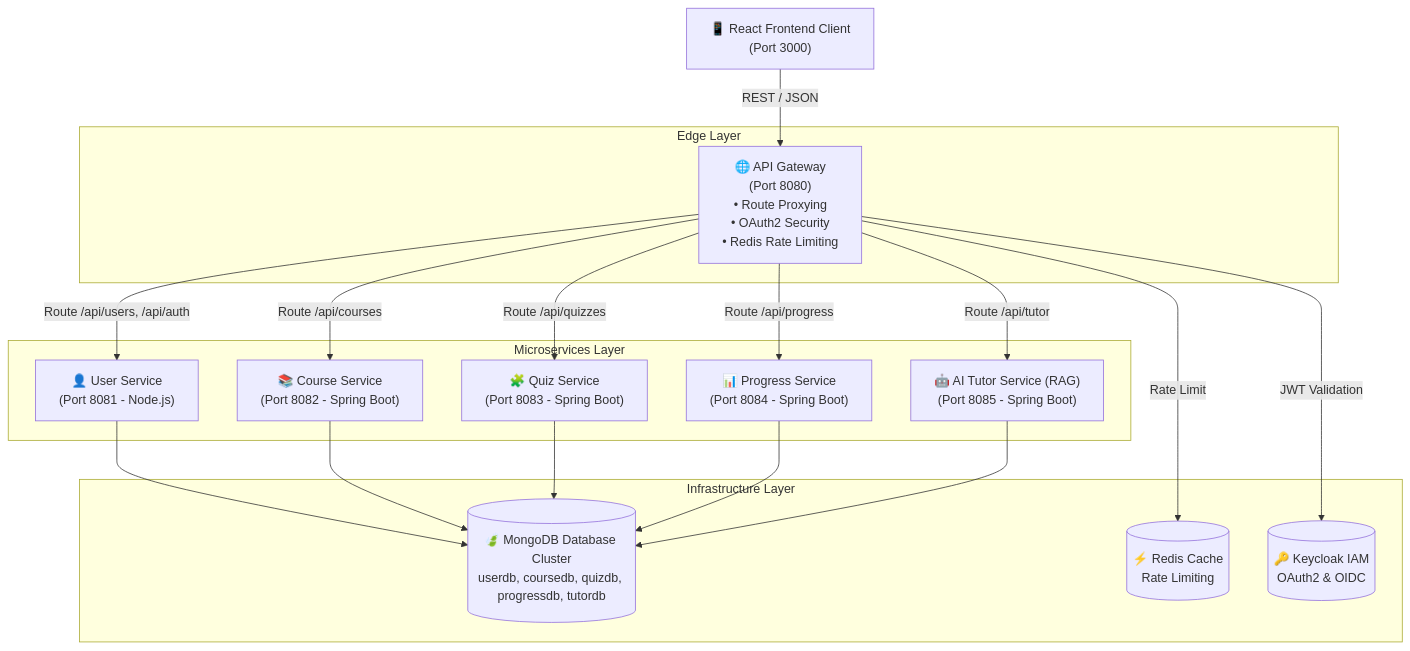
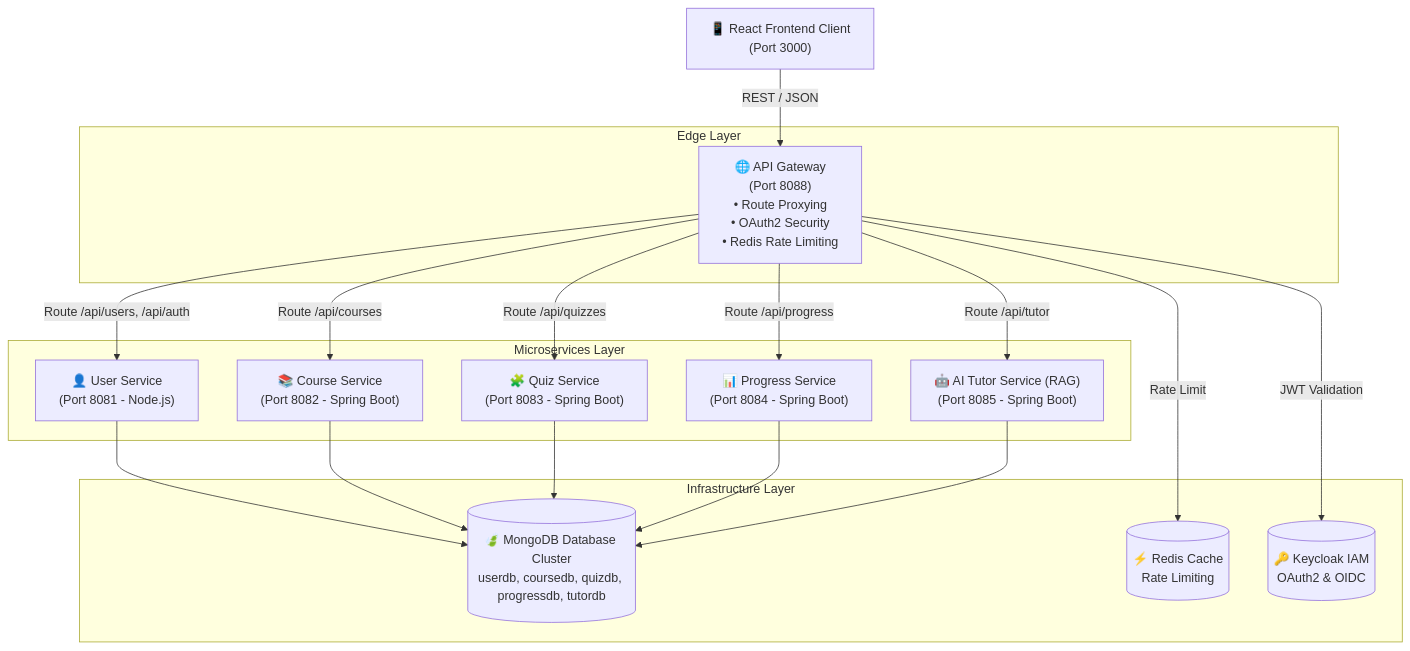
One commit to sachilz/intellitutor-platform changed the diagram in README.md. Above: the diagram before and after it, drawn with Mermaid. The commit also changed other lines of this file and 6 other files, not shown here.

Commit message:
refactor: remove Streamlit dev hub, finalize API gateway port to 8088, and add environment/startup scripts

````diff
--- a/README.md
+++ b/README.md
@@ -47,37 +47,37 @@
 ```mermaid
 graph TD
     Client["📱 React Frontend Client\n(Port 3000)"]
     
     subgraph Edge Layer
-        Gateway["🌐 API Gateway\n(Port 8080)\n• Route Proxying\n• OAuth2 Security\n• Redis Rate Limiting"]
+        Gateway["🌐 API Gateway\n(Port 8088)\n• Route Proxying\n• OAuth2 Security\n• Redis Rate Limiting"]
     end
     
     subgraph Microservices Layer
         UserService["👤 User Service\n(Port 8081 - Node.js)"]
         CourseService["📚 Course Service\n(Port 8082 - Spring Boot)"]
         QuizService["🧩 Quiz Service\n(Port 8083 - Spring Boot)"]
         ProgressService["📊 Progress Service\n(Port 8084 - Spring Boot)"]
         TutorService["🤖 AI Tutor Service (RAG)\n(Port 8085 - Spring Boot)"]
     end
     
     subgraph Infrastructure Layer
         MongoDB[(🍃 MongoDB Database Cluster\nuserdb, coursedb, quizdb, progressdb, tutordb)]
         Redis[(⚡ Redis Cache\nRate Limiting)]
         Keycloak[(🔑 Keycloak IAM\nOAuth2 & OIDC)]
     end
 
     Client -->|REST / JSON| Gateway
     Gateway -->|Rate Limit| Redis
     Gateway -->|JWT Validation| Keycloak
     Gateway -->|Route /api/users, /api/auth| UserService
     Gateway -->|Route /api/courses| CourseService
     Gateway -->|Route /api/quizzes| QuizService
     Gateway -->|Route /api/progress| ProgressService
     Gateway -->|Route /api/tutor| TutorService
 
     UserService --> MongoDB
     CourseService --> MongoDB
     QuizService --> MongoDB
     ProgressService --> MongoDB
     TutorService --> MongoDB
 ```
````
